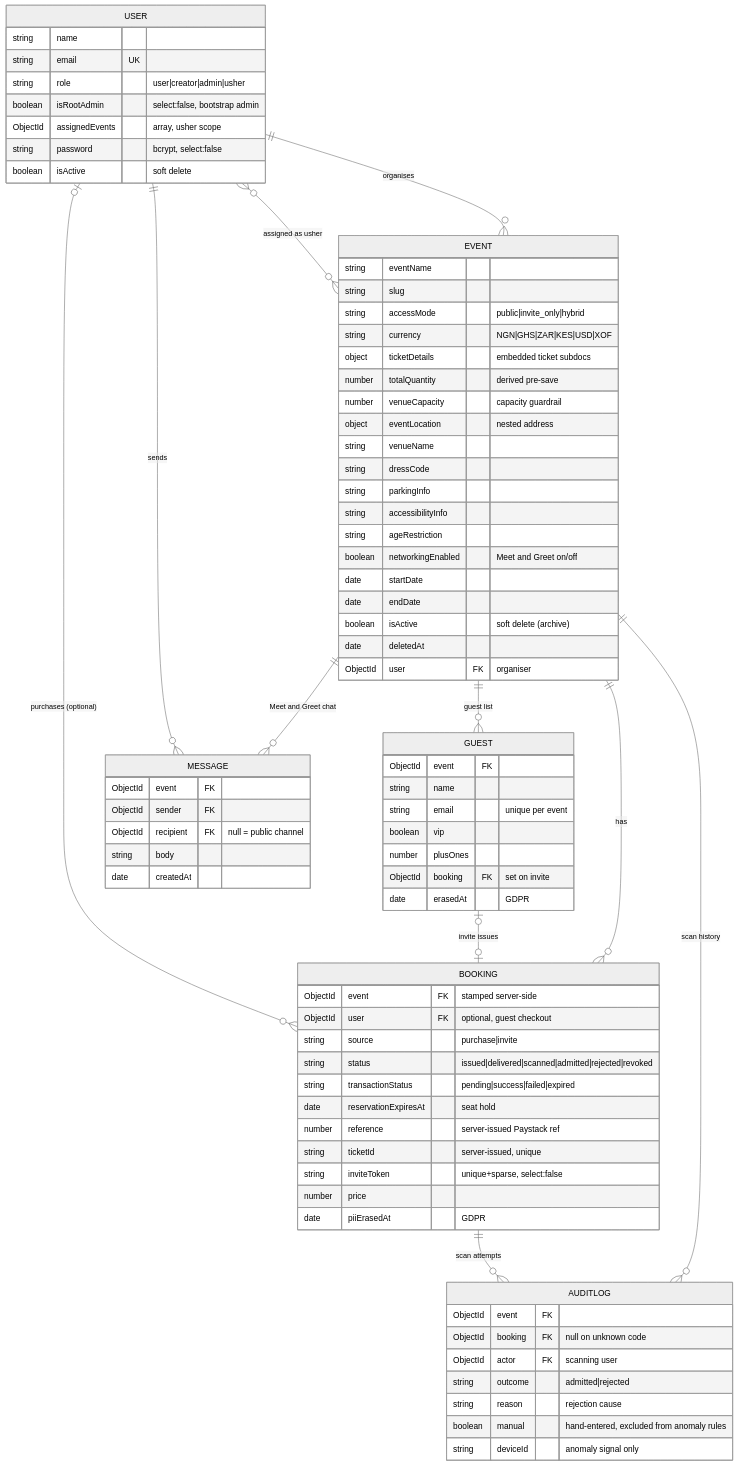
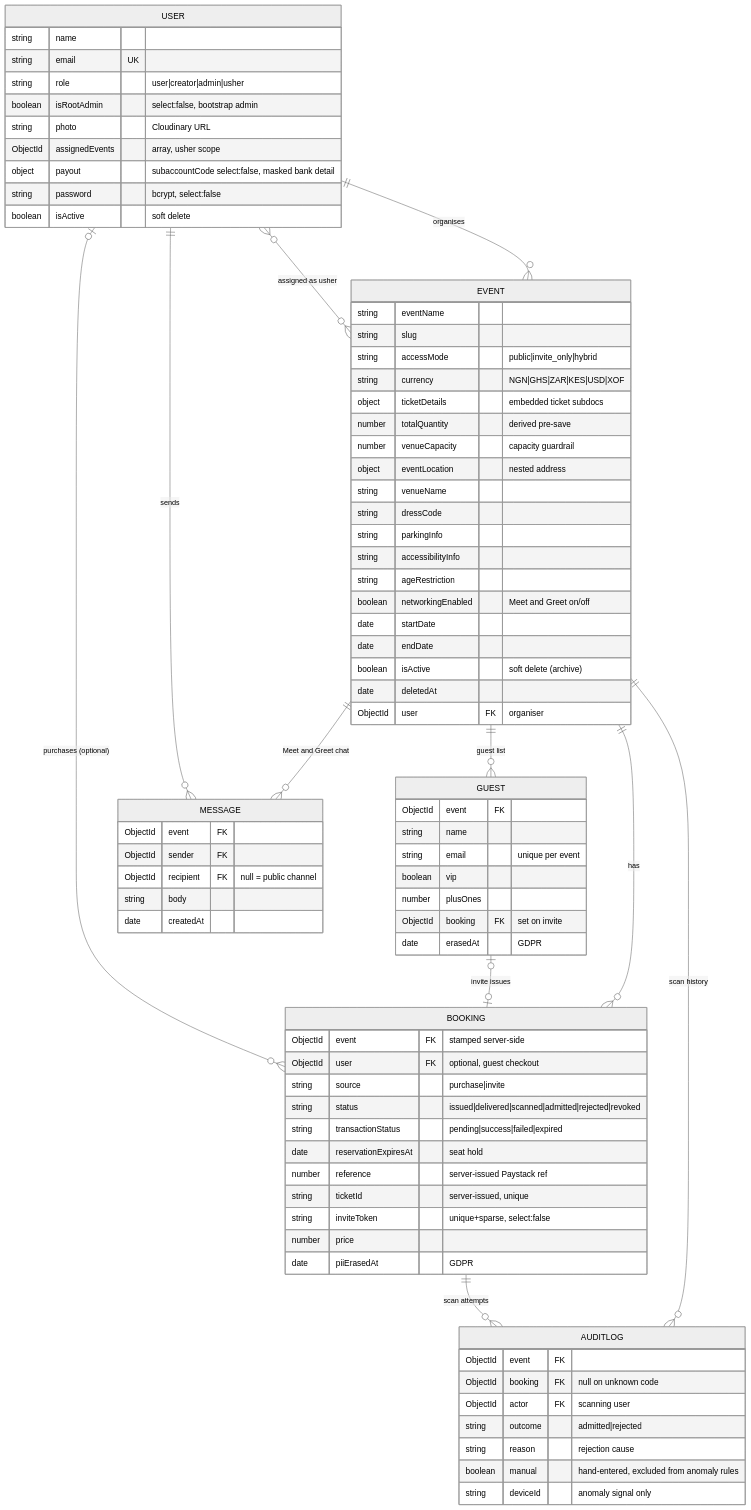
The second of 2 diagrams in docs/technical-documentation.md (dLuxKid/ticketflow), drawn with Mermaid (neutral theme) before and after one commit. The commit also changed other lines of this file and 36 other files, not shown here.

Commit message:
Removed outdated documentation files for Docker and innovation ideas. Updated README to reflect changes and clarified MoSCoW prioritization in the agile sprint plan. Enhanced architecture diagrams and added a new data model diagram.

```diff
--- a/docs/technical-documentation.md
+++ b/docs/technical-documentation.md
@@ -221,7 +221,9 @@
         string   email UK
         string   role "user|creator|admin|usher"
         boolean  isRootAdmin "select:false, bootstrap admin"
+        string   photo "Cloudinary URL"
         ObjectId assignedEvents "array, usher scope"
+        object   payout "subaccountCode select:false, masked bank detail"
         string   password "bcrypt, select:false"
         boolean  isActive "soft delete"
     }
```
